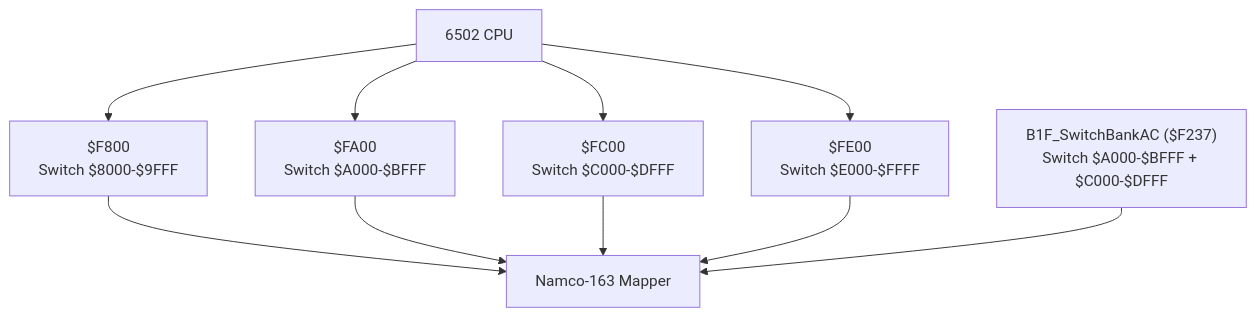
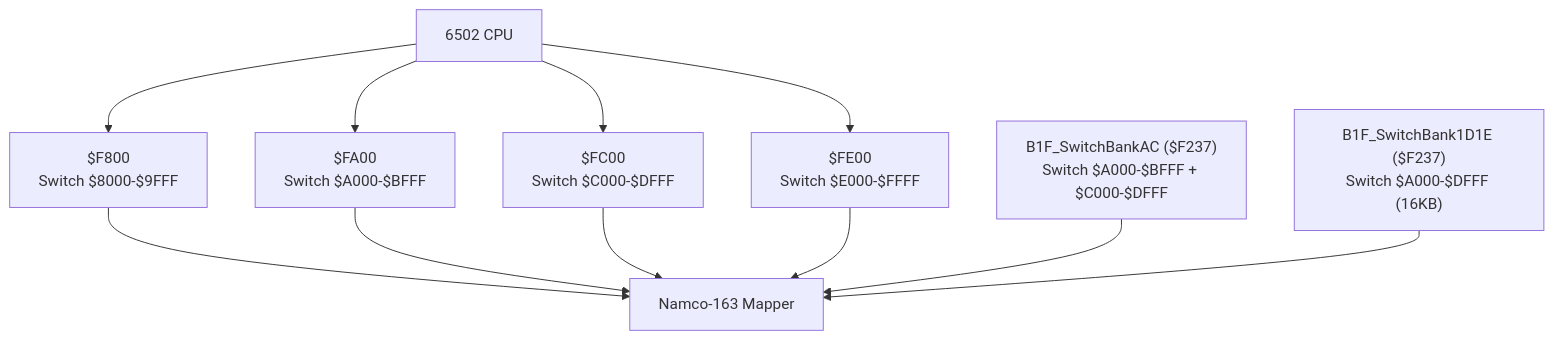
The second of 3 diagrams in .qoder/repowiki/en/content/Assembly Architecture/Bank Organization and Memory Layout.md (rabbyzero/sango2dasm), drawn with Mermaid before and after one commit. The commit also changed other lines of this file and 15 other files, not shown here.

````diff
--- a/.qoder/repowiki/en/content/Assembly Architecture/Bank Organization and Memory Layout.md
+++ b/.qoder/repowiki/en/content/Assembly Architecture/Bank Organization and Memory Layout.md
@@ -115,19 +118,21 @@
 ```mermaid
 graph TB
 CPU["6502 CPU"]
 MAPPER["Namco-163 Mapper"]
 REG8000["$F800<br/>Switch $8000-$9FFF"]
 REGA000["$FA00<br/>Switch $A000-$BFFF"]
 REGC000["$FC00<br/>Switch $C000-$DFFF"]
 REGE000["$FE00<br/>Switch $E000-$FFFF"]
 SWITCHAC["B1F_SwitchBankAC ($F237)<br/>Switch $A000-$BFFF + $C000-$DFFF"]
+SWITCH1D1E["B1F_SwitchBank1D1E ($F237)<br/>Switch $A000-$DFFF (16KB)"]
 CPU --> REG8000
 CPU --> REGA000
 CPU --> REGC000
 CPU --> REGE000
 REG8000 --> MAPPER
 REGA000 --> MAPPER
 REGC000 --> MAPPER
 REGE000 --> MAPPER
 SWITCHAC --> MAPPER
+SWITCH1D1E --> MAPPER
 ```
````
